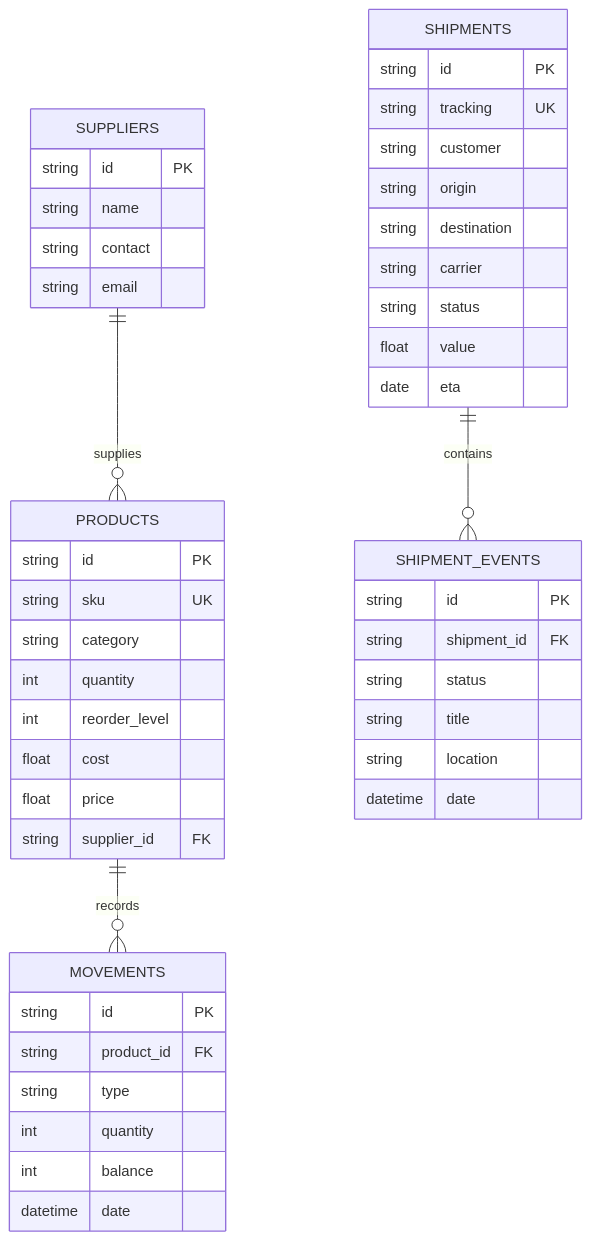
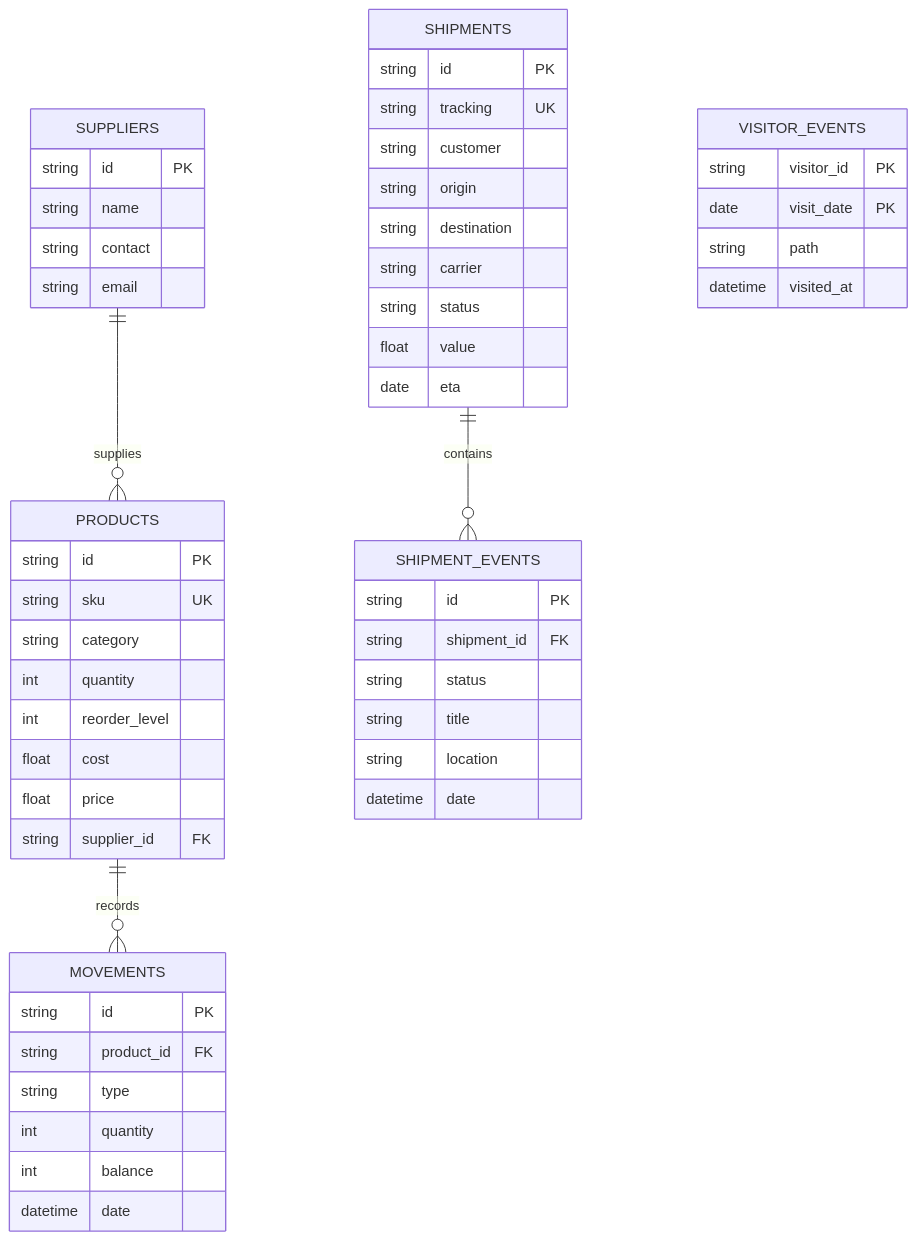
The second of 2 diagrams in docs/ARCHITECTURE.md (sgshiv001/inventrack-inventory-management), drawn with Mermaid before and after one commit. The commit also changed other lines of this file and 4 other files, not shown here.

````diff
--- a/docs/ARCHITECTURE.md
+++ b/docs/ARCHITECTURE.md
@@ -34,50 +34,56 @@
 ```mermaid
 erDiagram
   SUPPLIERS ||--o{ PRODUCTS : supplies
   PRODUCTS ||--o{ MOVEMENTS : records
   SHIPMENTS ||--o{ SHIPMENT_EVENTS : contains
 
   SUPPLIERS {
     string id PK
     string name
     string contact
     string email
   }
   PRODUCTS {
     string id PK
     string sku UK
     string category
     int quantity
     int reorder_level
     float cost
     float price
     string supplier_id FK
   }
   MOVEMENTS {
     string id PK
     string product_id FK
     string type
     int quantity
     int balance
     datetime date
   }
   SHIPMENTS {
     string id PK
     string tracking UK
     string customer
     string origin
     string destination
     string carrier
     string status
     float value
     date eta
   }
   SHIPMENT_EVENTS {
     string id PK
     string shipment_id FK
     string status
     string title
     string location
     datetime date
   }
+  VISITOR_EVENTS {
+    string visitor_id PK
+    date visit_date PK
+    string path
+    datetime visited_at
+  }
 ```
````
